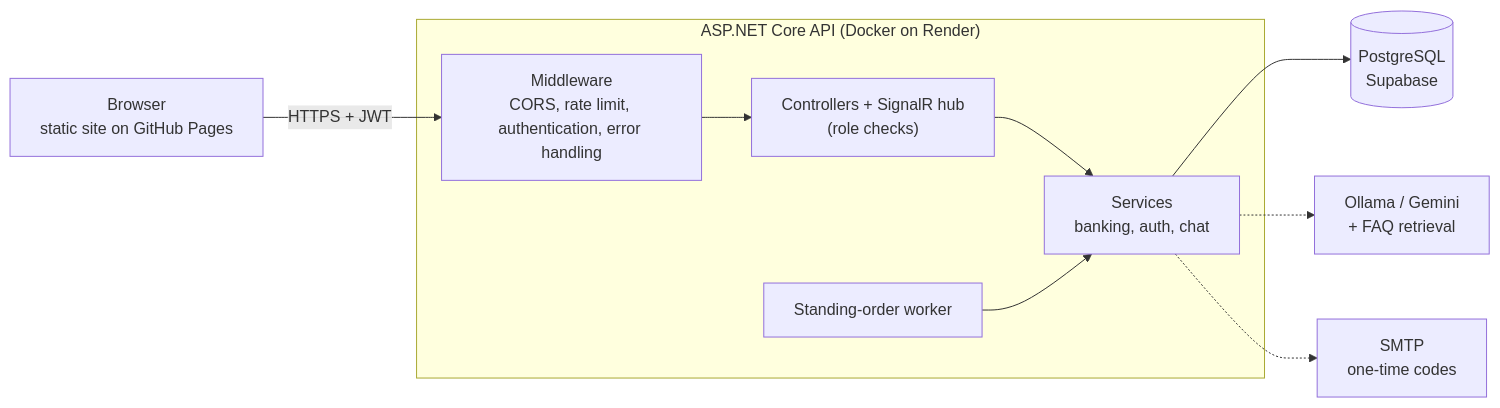
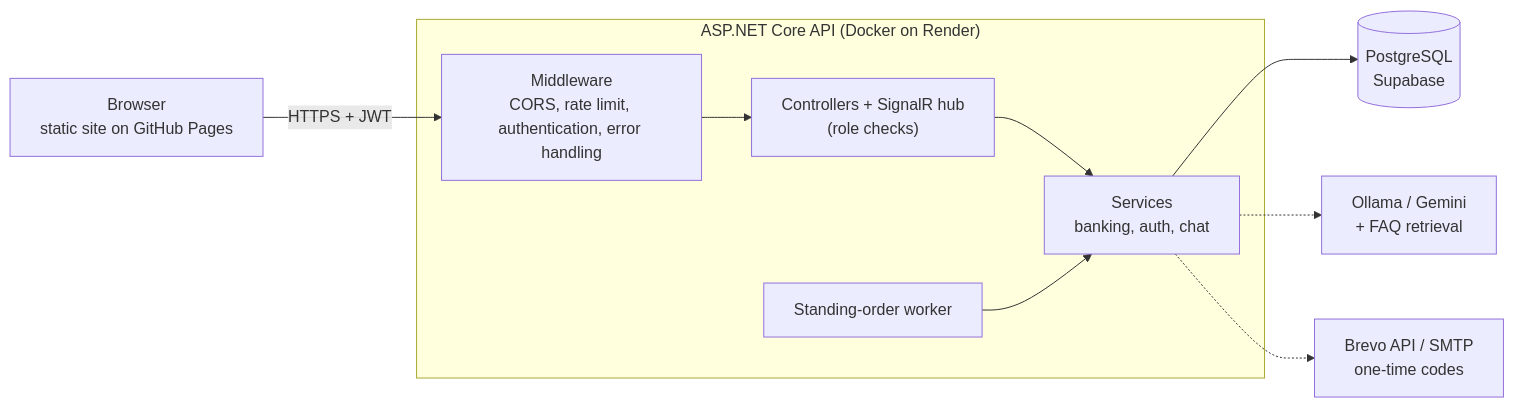
Before and after one commit to Alonessam/SmartBank-: the diagram in README.md, drawn with Mermaid. The commit also changed other lines of this file and 10 other files, not shown here.

First line of the commit message:
feat(email): send one-time codes through Brevo's HTTPS API

````diff
--- a/README.md
+++ b/README.md
@@ -47,12 +47,12 @@
 ```mermaid
 flowchart LR
     Browser["Browser<br/>static site on GitHub Pages"] -->|"HTTPS + JWT"| MW
     subgraph API["ASP.NET Core API (Docker on Render)"]
         MW["Middleware<br/>CORS, rate limit, authentication, error handling"] --> Ctl["Controllers + SignalR hub<br/>(role checks)"]
         Ctl --> Svc["Services<br/>banking, auth, chat"]
         Worker["Standing-order worker"] --> Svc
     end
     Svc --> DB[("PostgreSQL<br/>Supabase")]
     Svc -.-> AI["Ollama / Gemini<br/>+ FAQ retrieval"]
-    Svc -.-> SMTP["SMTP<br/>one-time codes"]
+    Svc -.-> SMTP["Brevo API / SMTP<br/>one-time codes"]
 ```
````
